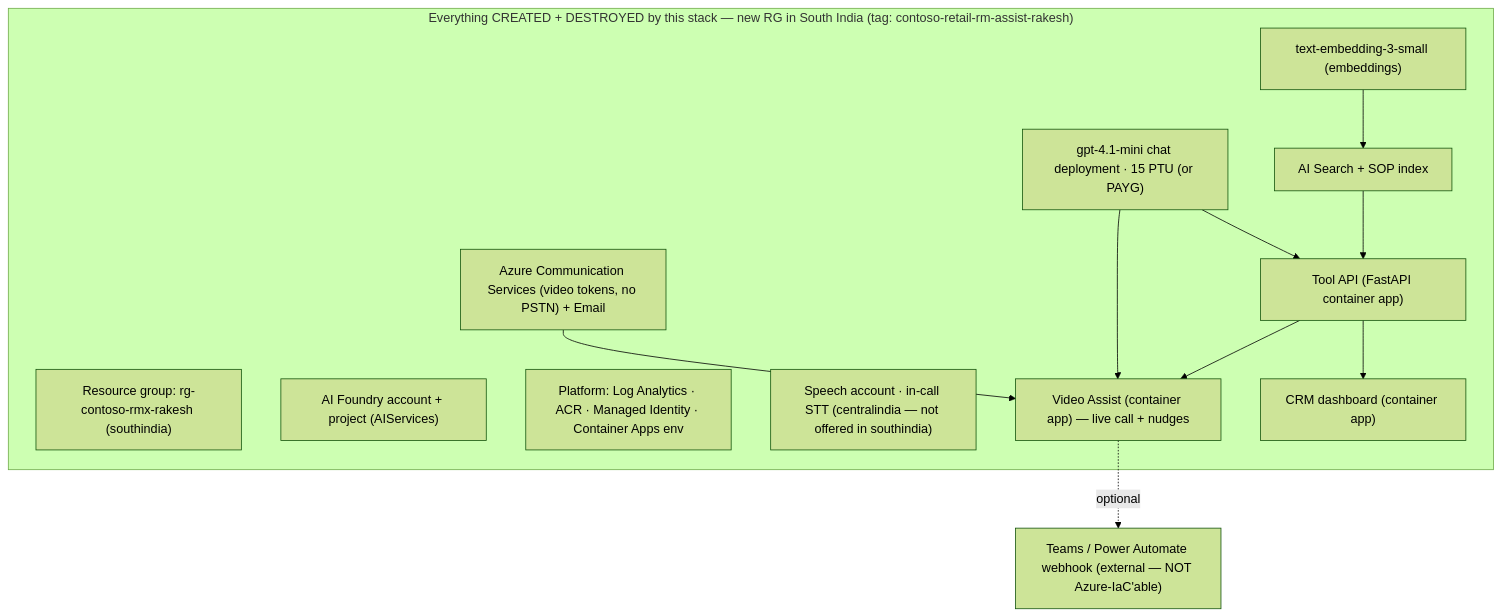
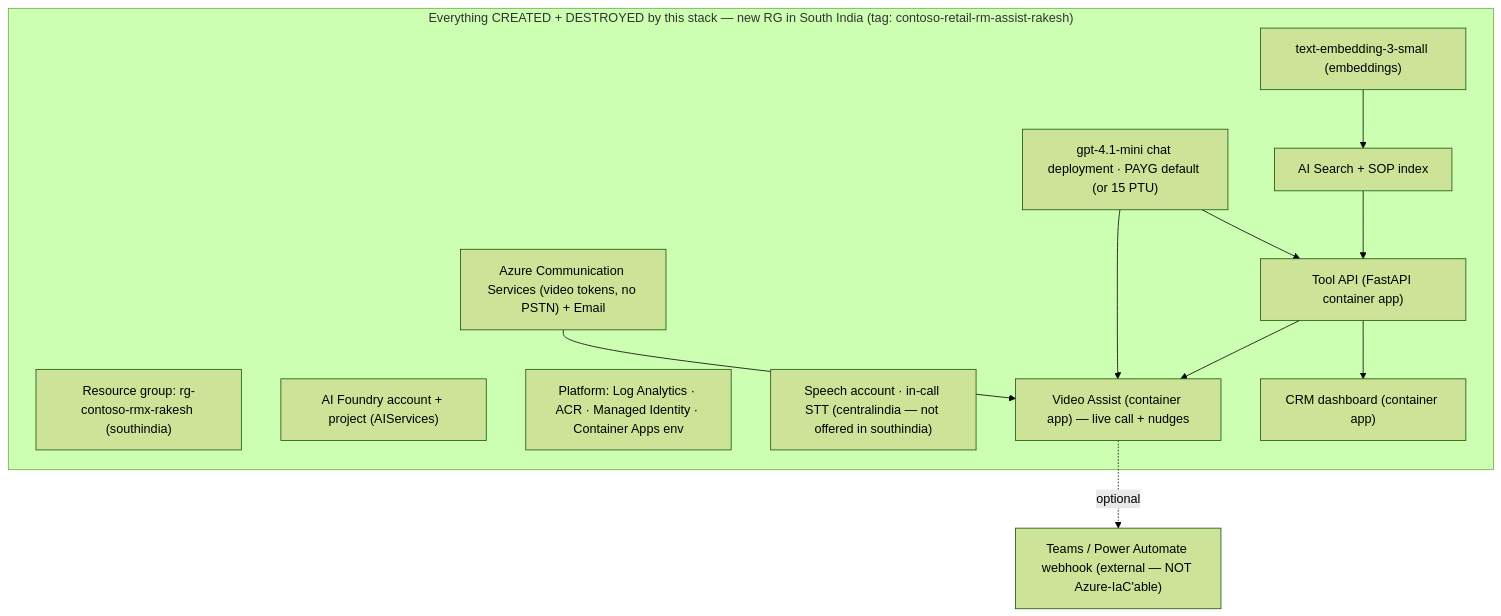
One commit to hrshl-demo/contoso-retail-acs-rm-assist-videocall changed the diagram in README.md. Above: the diagram before and after it, drawn with Mermaid (forest theme). The commit also changed other lines of this file and 7 other files, not shown here.

First line of the commit message:
Make PAYG/GlobalStandard the default deployment profile

````diff
--- a/README.md
+++ b/README.md
@@ -42,27 +43,27 @@
 ```mermaid
 flowchart TB
   subgraph Created["Everything CREATED + DESTROYED by this stack — new RG in South India (tag: contoso-retail-rm-assist-rakesh)"]
     RG["Resource group: rg-contoso-rmx-rakesh (southindia)"]
     FND["AI Foundry account + project (AIServices)"]
-    CHAT["gpt-4.1-mini chat deployment · 15 PTU (or PAYG)"]
+    CHAT["gpt-4.1-mini chat deployment · PAYG default (or 15 PTU)"]
     EMB["text-embedding-3-small (embeddings)"]
     PLAT["Platform: Log Analytics · ACR · Managed Identity · Container Apps env"]
     SRCH["AI Search + SOP index"]
     ACS["Azure Communication Services (video tokens, no PSTN) + Email"]
     SPCH["Speech account · in-call STT (centralindia — not offered in southindia)"]
     TOOL["Tool API (FastAPI container app)"]
     CRM["CRM dashboard (container app)"]
     VA["Video Assist (container app) — live call + nudges"]
   end
 
   EXT["Teams / Power Automate webhook (external — NOT Azure-IaC'able)"]
 
   CHAT --> TOOL
   EMB --> SRCH
   SRCH --> TOOL
   TOOL --> CRM
   TOOL --> VA
   CHAT --> VA
   VA -. optional .-> EXT
   ACS --> VA
 ```
````
